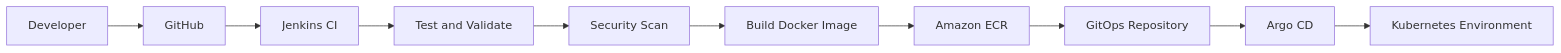
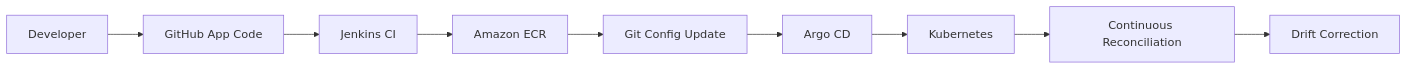
One commit to anshu-sharma-devops/cloudcart-production-devops-platform changed the eighth of 11 diagrams in README.md. Above: the diagram before and after it, drawn with Mermaid. The commit also changed other lines of this file and 1 other file, not shown here.

````diff
--- a/README.md
+++ b/README.md
@@ -241,12 +288,11 @@
 ```mermaid
 flowchart LR
-    Developer["Developer"] --> GitHub["GitHub"]
-    GitHub --> Jenkins["Jenkins CI"]
-    Jenkins --> Test["Test and Validate"]
-    Test --> Scan["Security Scan"]
-    Scan --> Build["Build Docker Image"]
-    Build --> ECR["Amazon ECR"]
-    ECR --> GitOps["GitOps Repository"]
-    GitOps --> Argo["Argo CD"]
-    Argo --> Kubernetes["Kubernetes Environment"]
+    Dev["Developer"] --> GH["GitHub App Code"]
+    GH --> CI["Jenkins CI"]
+    CI --> ECR["Amazon ECR"]
+    ECR --> GitCfg["Git Config Update"]
+    GitCfg --> Argo["Argo CD"]
+    Argo --> K8s["Kubernetes"]
+    K8s --> Recon["Continuous Reconciliation"]
+    Recon --> Drift["Drift Correction"]
 ```
````
